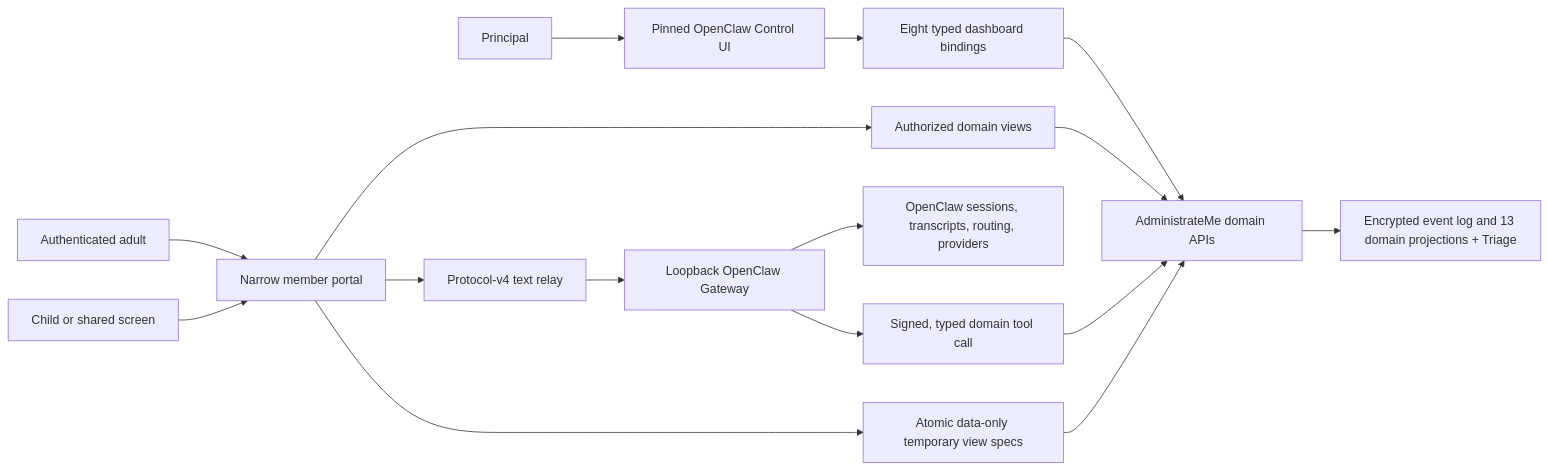
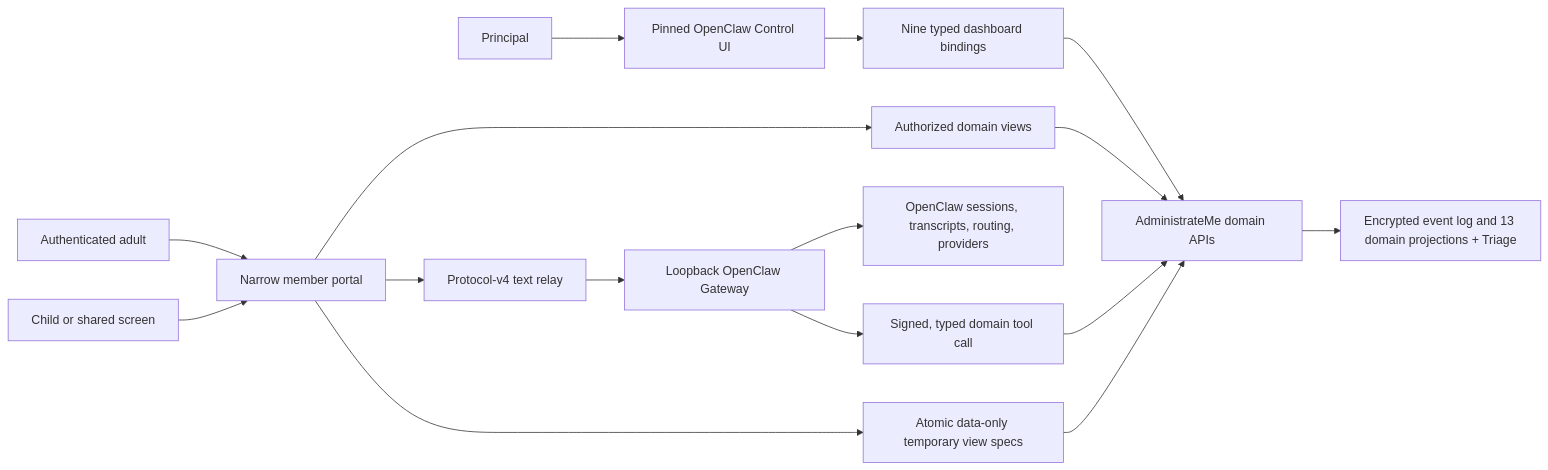
One commit to junglecrunch1212/administrate-me-now changed the diagram in docs/refactor/GATE-7-EXPERIENCE.md. Above: the diagram before and after it, drawn with Mermaid. The commit also changed other lines of this file and 67 other files, not shown here.

````diff
--- a/docs/refactor/GATE-7-EXPERIENCE.md
+++ b/docs/refactor/GATE-7-EXPERIENCE.md
@@ -5,18 +5,18 @@
 ```mermaid
 flowchart LR
     P["Principal"] --> OC["Pinned OpenClaw Control UI"]
     A["Authenticated adult"] --> MP["Narrow member portal"]
     C["Child or shared screen"] --> MP
-    OC --> B["Eight typed dashboard bindings"]
+    OC --> B["Nine typed dashboard bindings"]
     MP --> V["Authorized domain views"]
     MP --> R["Protocol-v4 text relay"]
     R --> G["Loopback OpenClaw Gateway"]
     G --> M["OpenClaw sessions, transcripts, routing, providers"]
     B --> API["AdministrateMe domain APIs"]
     V --> API
     G --> T["Signed, typed domain tool call"]
     T --> API
     API --> E["Encrypted event log and 13 domain projections + Triage"]
     MP --> Q["Atomic data-only temporary view specs"]
     Q --> API
 ```
````
